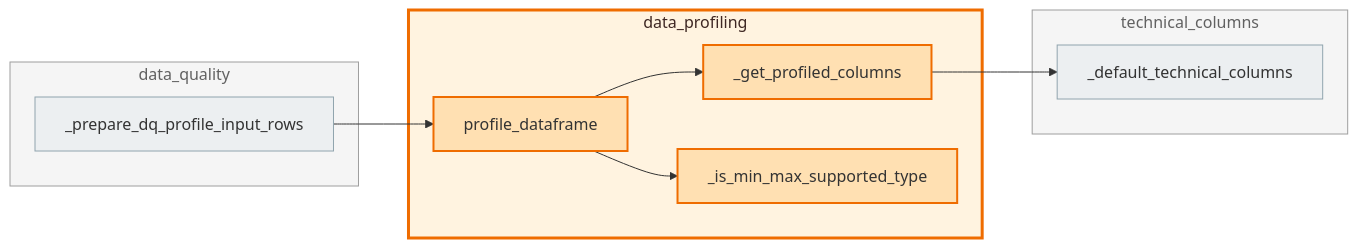
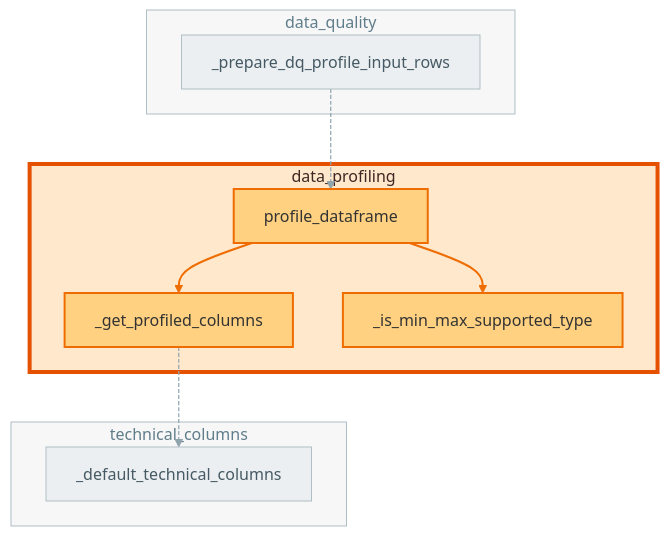
Before and after one commit to Voycepeh/FabricOps-Starter-Kit: the diagram in docs/api/modules/data_profiling.md, drawn with Mermaid. The commit also changed other lines of this file and 13 other files, not shown here.

Commit message:
Polish grouped callable diagrams visual hierarchy and noise reduction

````diff
--- a/docs/api/modules/data_profiling.md
+++ b/docs/api/modules/data_profiling.md
@@ -69,26 +69,28 @@
 ```mermaid
-flowchart LR
-  classDef currentModule fill:#fff3e0,stroke:#ef6c00,stroke-width:3px,color:#3e2723;
-  classDef externalModule fill:#f5f5f5,stroke:#9e9e9e,stroke-width:1px,color:#616161;
-  classDef currentCallable fill:#ffe0b2,stroke:#ef6c00,stroke-width:2px;
-  classDef externalCallable fill:#eceff1,stroke:#90a4ae,stroke-width:1px;
+flowchart TB
+  classDef currentModule fill:#ffe8cc,stroke:#e65100,stroke-width:4px,color:#3e2723;
+  classDef externalModule fill:#f7f7f7,stroke:#b0bec5,stroke-width:1px,color:#607d8b;
+  classDef currentCallable fill:#ffd180,stroke:#ef6c00,stroke-width:2px;
+  classDef externalCallable fill:#eceff1,stroke:#b0bec5,stroke-width:1px,color:#455a64;
   subgraph m_data_profiling[data_profiling]
     fabricops_kit_data_profiling__get_profiled_columns["_get_profiled_columns"]
     fabricops_kit_data_profiling__is_min_max_supported_type["_is_min_max_supported_type"]
     fabricops_kit_data_profiling_profile_dataframe["profile_dataframe"]
   end
   subgraph m_data_quality[data_quality]
     fabricops_kit_data_quality__prepare_dq_profile_input_rows["_prepare_dq_profile_input_rows"]
   end
   subgraph m_technical_columns[technical_columns]
     fabricops_kit_technical_columns__default_technical_columns["_default_technical_columns"]
   end
   fabricops_kit_data_profiling__get_profiled_columns --> fabricops_kit_technical_columns__default_technical_columns
   fabricops_kit_data_profiling_profile_dataframe --> fabricops_kit_data_profiling__get_profiled_columns
   fabricops_kit_data_profiling_profile_dataframe --> fabricops_kit_data_profiling__is_min_max_supported_type
   fabricops_kit_data_quality__prepare_dq_profile_input_rows --> fabricops_kit_data_profiling_profile_dataframe
+  linkStyle 1,2 stroke:#ef6c00,stroke-width:2.2px;
+  linkStyle 0,3 stroke:#90a4ae,stroke-width:1.2px,stroke-dasharray: 4 2;
   class m_data_profiling currentModule;
   class m_data_quality,m_technical_columns externalModule;
   class fabricops_kit_data_profiling__get_profiled_columns,fabricops_kit_data_profiling__is_min_max_supported_type,fabricops_kit_data_profiling_profile_dataframe currentCallable;
   class fabricops_kit_data_quality__prepare_dq_profile_input_rows,fabricops_kit_technical_columns__default_technical_columns externalCallable;
 ```
````
